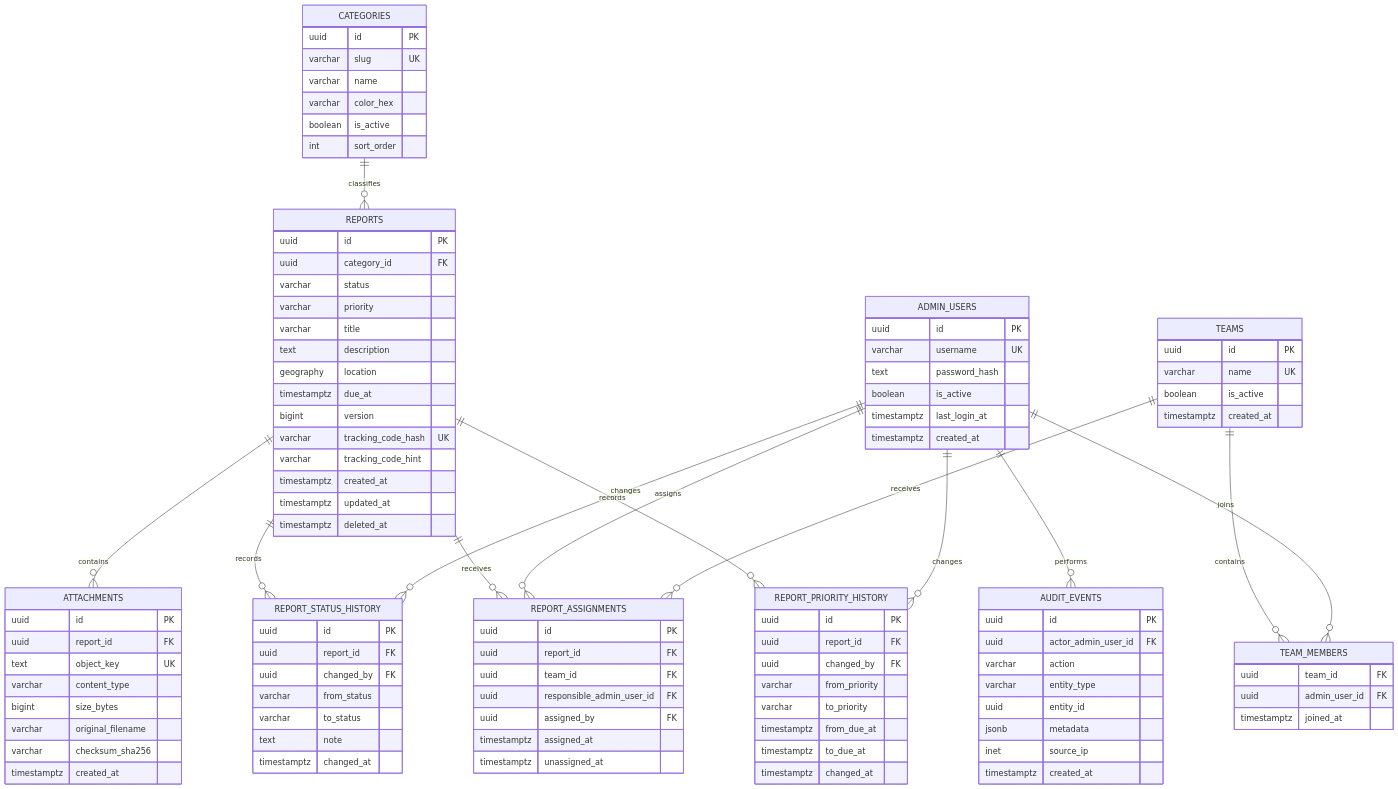
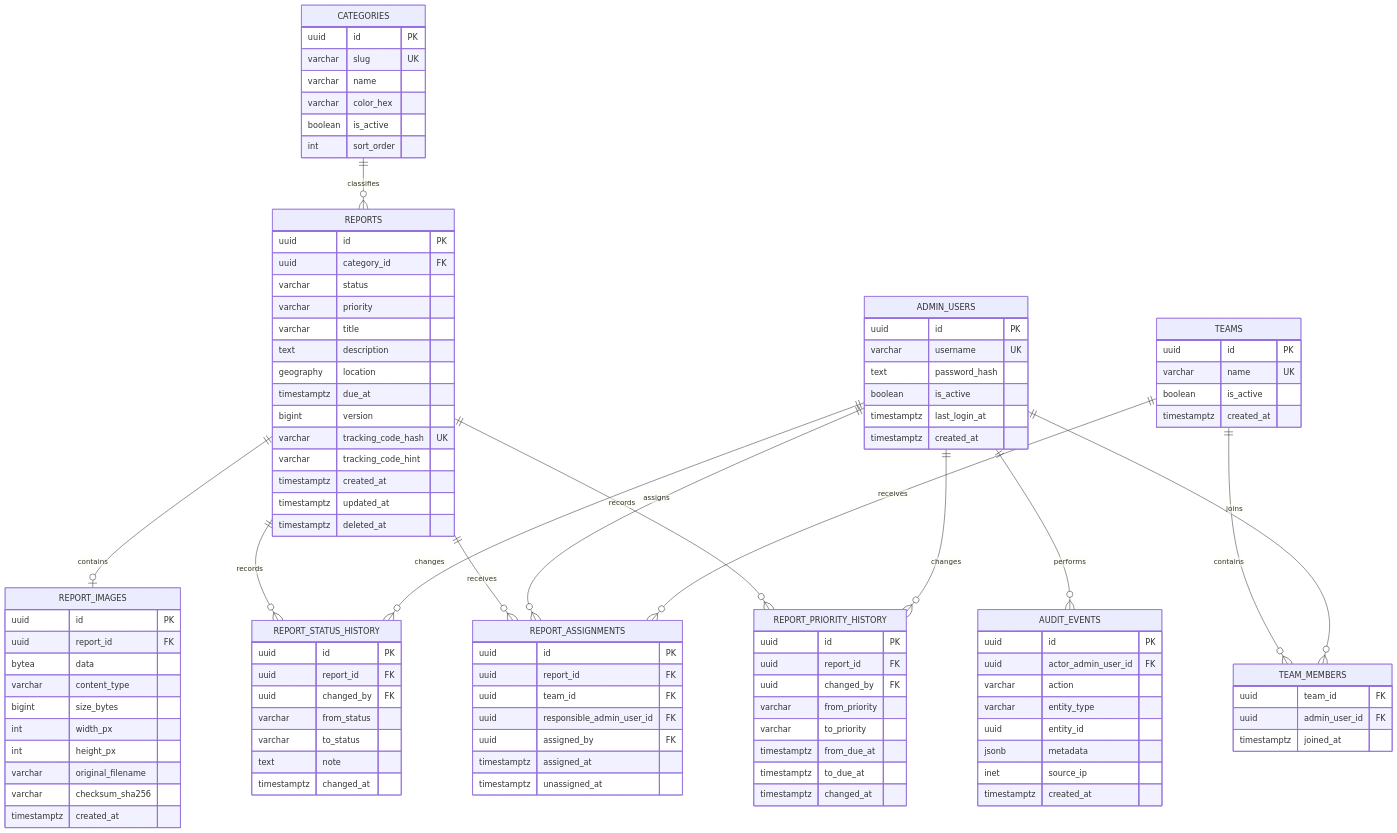
One commit to Jquincal/Mapa-Urbano changed the diagram in docs/03-modelo-de-datos.md. Above: the diagram before and after it, drawn with Mermaid. The commit also changed other lines of this file and 31 other files, not shown here.

````diff
--- a/docs/03-modelo-de-datos.md
+++ b/docs/03-modelo-de-datos.md
@@ -14,7 +16,7 @@
 ```mermaid
 erDiagram
     CATEGORIES ||--o{ REPORTS : classifies
-    REPORTS ||--o{ ATTACHMENTS : contains
+    REPORTS ||--o| REPORT_IMAGES : contains
     REPORTS ||--o{ REPORT_STATUS_HISTORY : records
     REPORTS ||--o{ REPORT_ASSIGNMENTS : receives
     REPORTS ||--o{ REPORT_PRIORITY_HISTORY : records
@@ -50,12 +52,14 @@
         timestamptz updated_at
         timestamptz deleted_at
     }
-    ATTACHMENTS {
+    REPORT_IMAGES {
         uuid id PK
         uuid report_id FK
-        text object_key UK
+        bytea data
         varchar content_type
         bigint size_bytes
+        int width_px
+        int height_px
         varchar original_filename
         varchar checksum_sha256
         timestamptz created_at
````
